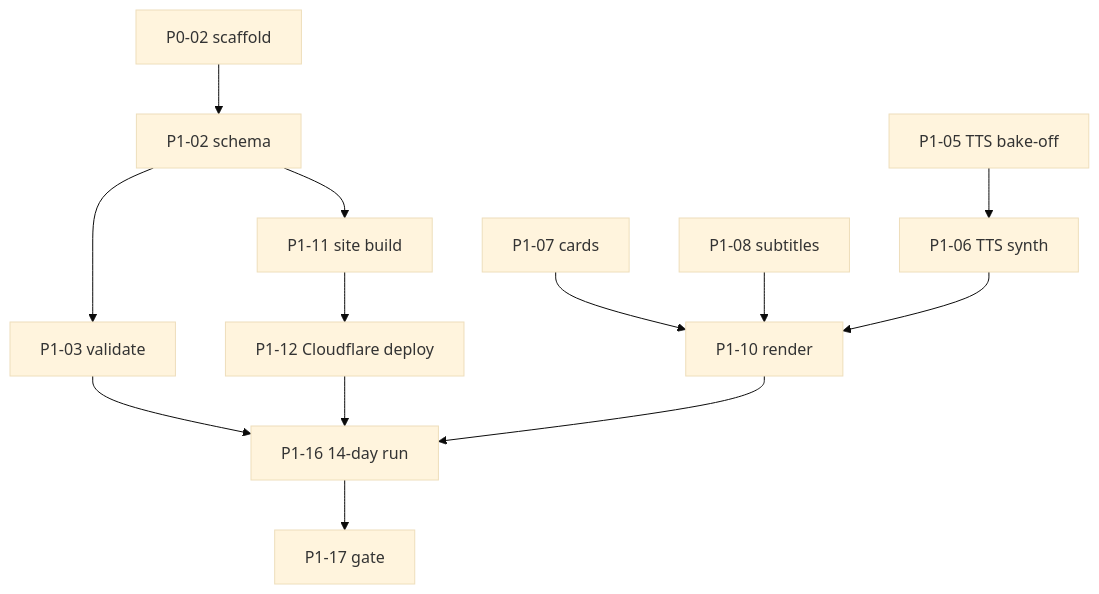
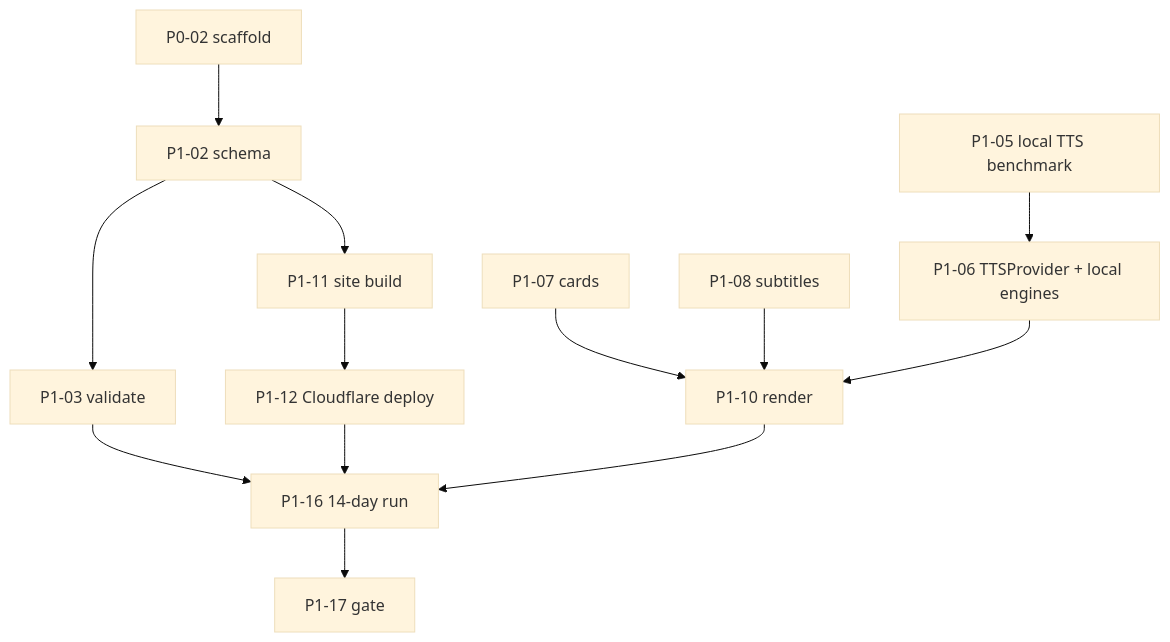
The third of 3 diagrams in docs/IMPLEMENTATION_ROADMAP.md (Akash265/Insta-Automation), drawn with Mermaid (base theme) before and after one commit. The commit also changed other lines of this file and 12 other files, not shown here.

````diff
--- a/docs/IMPLEMENTATION_ROADMAP.md
+++ b/docs/IMPLEMENTATION_ROADMAP.md
@@ -214,15 +214,15 @@
 ```mermaid
 flowchart TD
   P0_02[P0-02 scaffold] --> P1_02[P1-02 schema]
   P1_02 --> P1_03[P1-03 validate]
   P1_02 --> P1_11[P1-11 site build]
-  P1_05[P1-05 TTS bake-off] --> P1_06[P1-06 TTS synth]
+  P1_05[P1-05 local TTS benchmark] --> P1_06[P1-06 TTSProvider + local engines]
   P1_06 --> P1_10[P1-10 render]
   P1_07[P1-07 cards] --> P1_10
   P1_08[P1-08 subtitles] --> P1_10
   P1_11 --> P1_12[P1-12 Cloudflare deploy]
   P1_03 --> P1_16[P1-16 14-day run]
   P1_10 --> P1_16
   P1_12 --> P1_16
   P1_16 --> P1_17[P1-17 gate]
 ```
````
